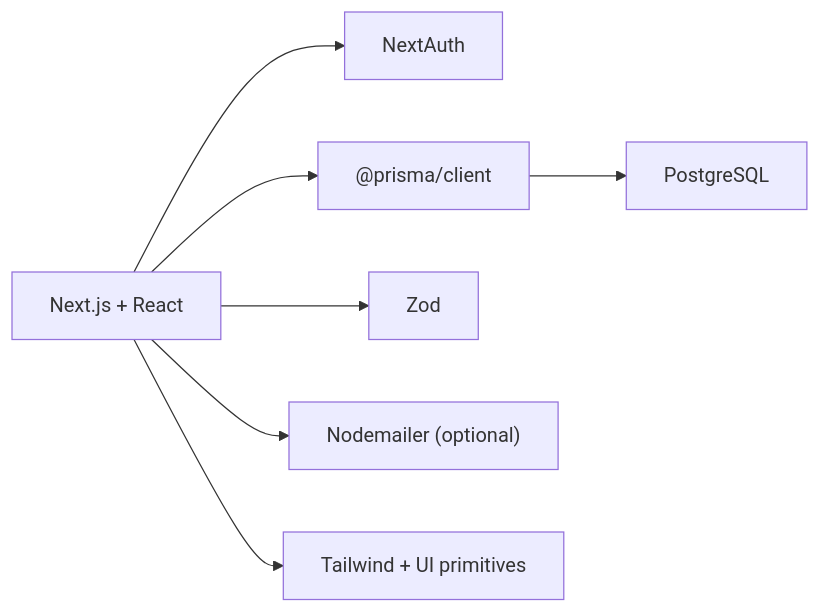
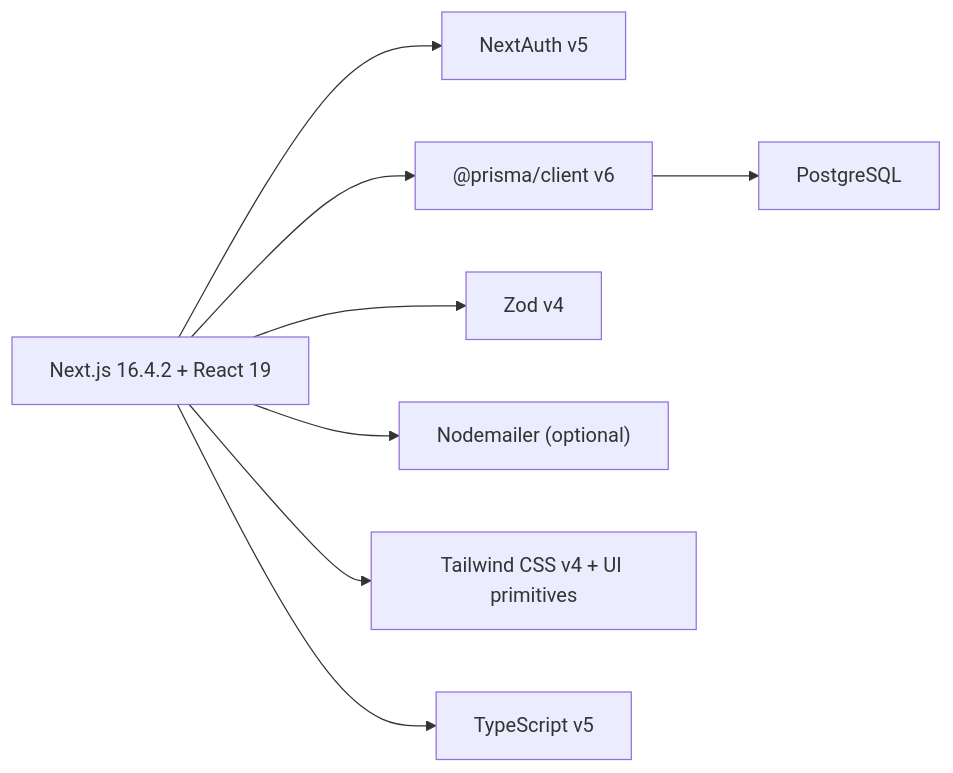
The sixth of 6 diagrams in .qoder/repowiki/en/content/Getting Started.md (gyamposudodzi/Timberland), drawn with Mermaid before and after one commit. The commit also changed other lines of this file and 87 other files, not shown here.

````diff
--- a/.qoder/repowiki/en/content/Getting Started.md
+++ b/.qoder/repowiki/en/content/Getting Started.md
@@ -310,9 +343,10 @@
 ```mermaid
 graph LR
-Next["Next.js + React"] --> Auth["NextAuth"]
-Next --> Prisma["@prisma/client"]
-Next --> Zod["Zod"]
+Next["Next.js 16.4.2 + React 19"] --> Auth["NextAuth v5"]
+Next --> Prisma["@prisma/client v6"]
+Next --> Zod["Zod v4"]
 Next --> Email["Nodemailer (optional)"]
-Next --> Tailwind["Tailwind + UI primitives"]
+Next --> Tailwind["Tailwind CSS v4 + UI primitives"]
+Next --> Typescript["TypeScript v5"]
 Prisma --> Postgres["PostgreSQL"]
 ```
````
